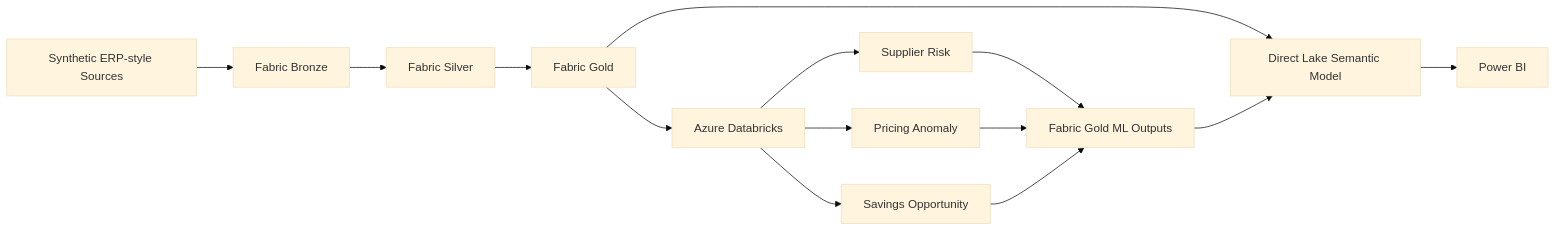
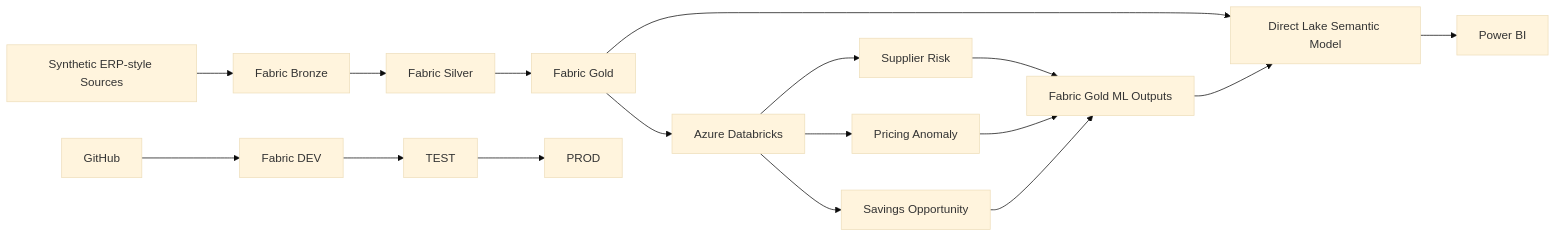
The diagram in docs/architecture/architecture.md (RyanPadma/procurement-intelligence-platform), drawn with Mermaid (base theme) before and after one commit. The commit also changed other lines of this file, not shown here.

First line of the commit message:
Revise architecture document for clarity and detail

````diff
--- a/docs/architecture/architecture.md
+++ b/docs/architecture/architecture.md
@@ -12,19 +12,23 @@
 ```mermaid
 flowchart LR
     A[Synthetic ERP-style Sources] --> B[Fabric Bronze]
     B --> C[Fabric Silver]
     C --> D[Fabric Gold]
 
     D --> E[Azure Databricks]
     E --> F[Supplier Risk]
     E --> G[Pricing Anomaly]
     E --> H[Savings Opportunity]
 
     F --> I[Fabric Gold ML Outputs]
     G --> I
     H --> I
 
     D --> J[Direct Lake Semantic Model]
     I --> J
     J --> K[Power BI]
+
+    L[GitHub] --> M[Fabric DEV]
+    M --> N[TEST]
+    N --> O[PROD]
 ```
````
